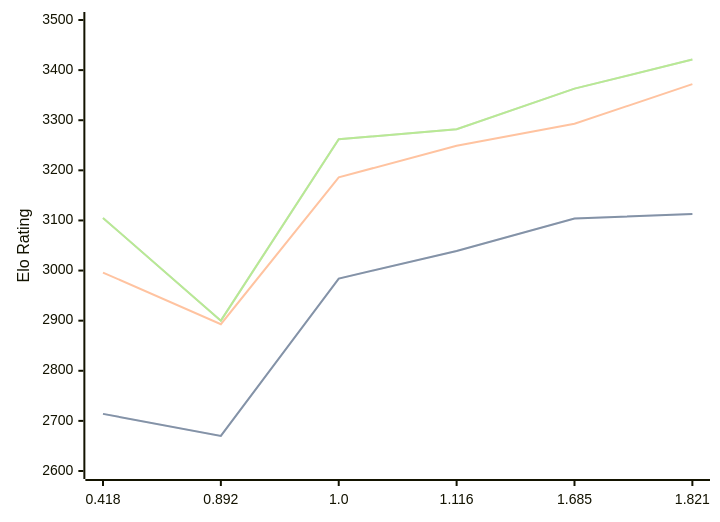
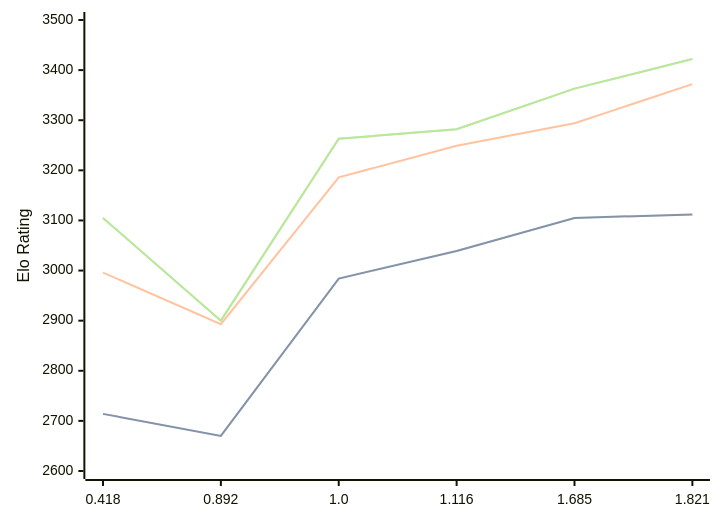
Before and after one commit to computer-chess-index/cci: the diagram in engines/Malika.md, drawn with Mermaid. The commit also changed other lines of this file, not shown here.

Commit message:
Update CCI Ratings (ELO VLTC) - 2026-09-18

````diff
--- a/engines/Malika.md
+++ b/engines/Malika.md
@@ -36,11 +36,11 @@
 ```mermaid
 %%{init: {"theme":"base","themeVariables":{"seriesColors:['#a3a3a3','#222221','#faa371']}}}%%
 xychart-beta
   x-axis ["0.418", "0.892", "1.0", "1.116", "1.685", "1.821"]
   y-axis "Elo Rating" 2600 --> 3500
-  line "" [2714, 2670, 2984, 3039, 3104, 3113]
-  line "STC (8.0+0.08s)" [2714, 2670, 2984, 3039, 3104, 3113]
-  line "LTC (60.0+0.60s)" [2996, 2893, 3186, 3249, 3293, 3372]
-  line "" [3105, 2900, 3262, 3282, 3363, 3421]
-  line "VLTC (2m24s+1.12s)" [3105, 2900, 3262, 3282, 3363, 3421]
+  line "" [2714, 2670, 2984, 3039, 3105, 3112]
+  line "STC (8.0+0.08s)" [2714, 2670, 2984, 3039, 3105, 3112]
+  line "LTC (60.0+0.60s)" [2996, 2893, 3186, 3249, 3294, 3372]
+  line "" [3105, 2900, 3263, 3282, 3363, 3422]
+  line "VLTC (2m24s+1.12s)" [3105, 2900, 3263, 3282, 3363, 3422]
 ```
````
